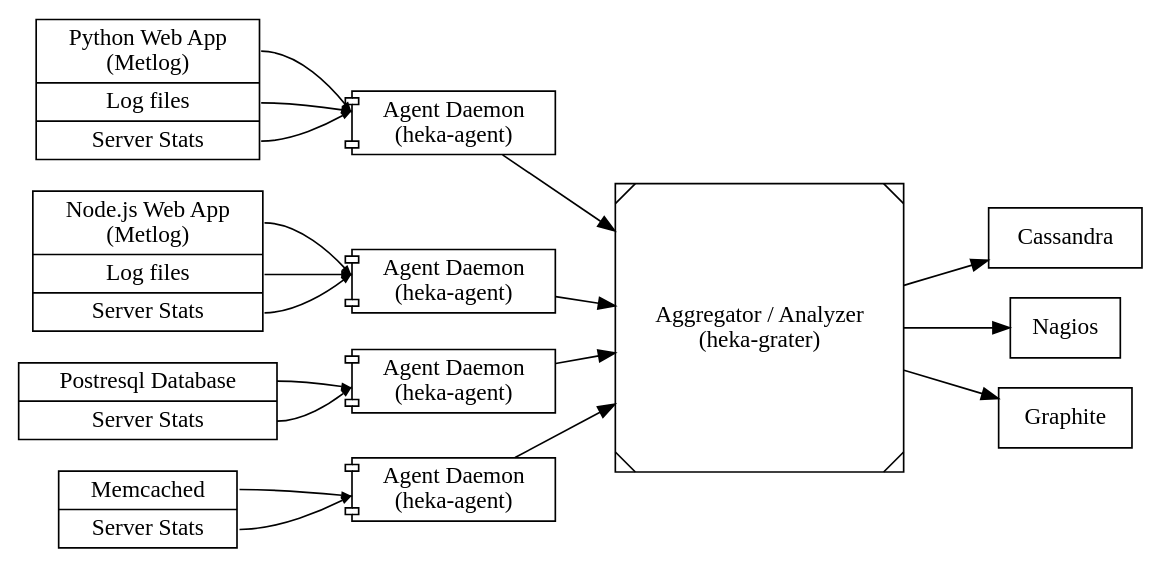
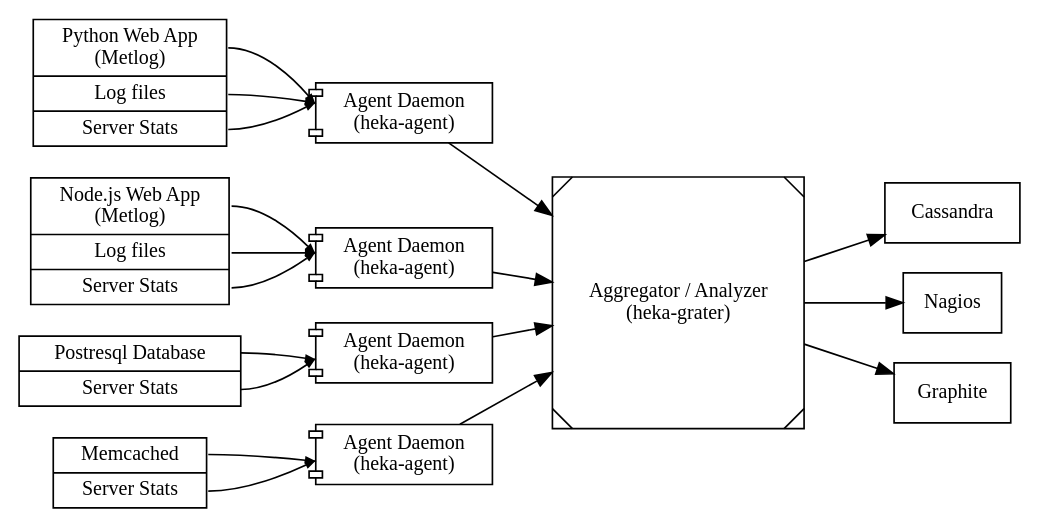
Before and after one commit to mozilla-services/heka-docs: the diagram in source/architecture/overview.dot, drawn with Graphviz. The commit also changed 2 other files, not shown here.

Commit message:
Split new dot diagram into its own file. Update docs with definitions.

```diff
--- a/source/architecture/overview.dot
+++ b/source/architecture/overview.dot
@@ -1,60 +1,61 @@
 digraph overview {
     rankdir=LR;
     ranksep=equally;
+    node [fontsize=12];
 
     subgraph {
         rank=same;
         node [shape=record];
         input1 [label="<f0> Python Web App\n(Metlog)|<f1> Log files|<f2> Server Stats"];
         input2 [label="<f0> Node.js Web App\n(Metlog)|<f1> Log files|<f2> Server Stats"];
         input3 [label="<f0> Postresql Database|<f1> Server Stats"];
         input4 [label="<f0> Memcached|<f1> Server Stats"]
     }
 
     subgraph {
         rank=same;
         node [shape=component, label="Agent Daemon\n(heka-agent)"];
         agent1 [];
         agent2 [];
         agent3 [];
         agent4 [];
     }
 
     subgraph {
         edge [samehead = "t", arrowsize=0.5];
         input1:f0 -> agent1;
         input1:f1 -> agent1;
         input1:f2 -> agent1;
 
         input2:f0 -> agent2;
         input2:f1 -> agent2;
         input2:f2 -> agent2;
 
         input3:f0 -> agent3;
         input3:f1 -> agent3;
 
         input4:f0 -> agent4;
         input4:f1 -> agent4;
     }
 
     aggregator [shape=Msquare, label="Aggregator / Analyzer\n(heka-grater)"];
 
     agent1 -> aggregator;
     agent2 -> aggregator;
     agent3 -> aggregator;
     agent4 -> aggregator;
 
     subgraph {
         rank=same;
         node [shape=box];
         cassandra [label="Cassandra"];
         nagios [label="Nagios"];
         graphite [label="Graphite"];
     }
 
     subgraph {
         aggregator -> cassandra;
         aggregator -> nagios;
         aggregator -> graphite;
     }
 }
```
